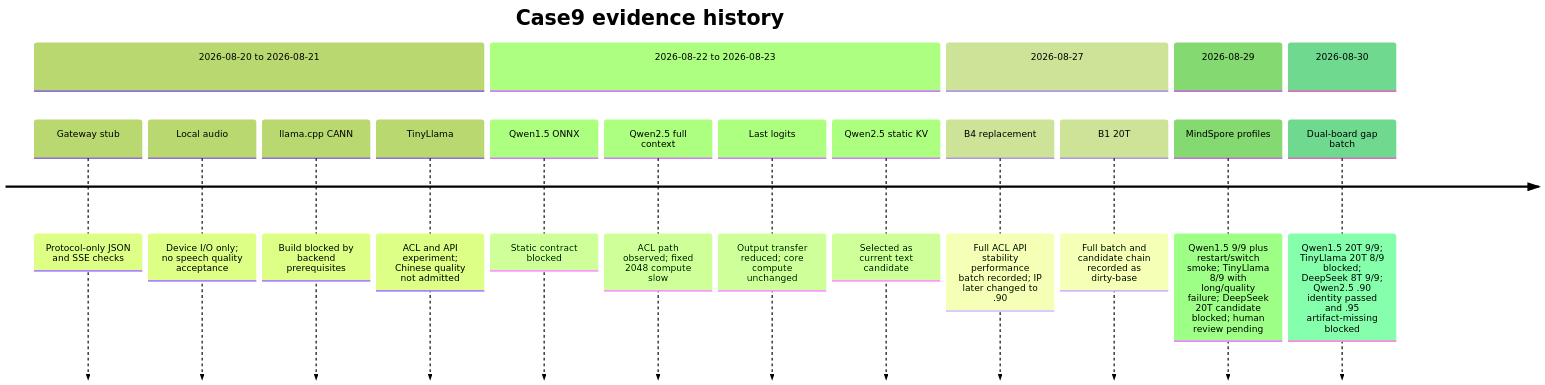
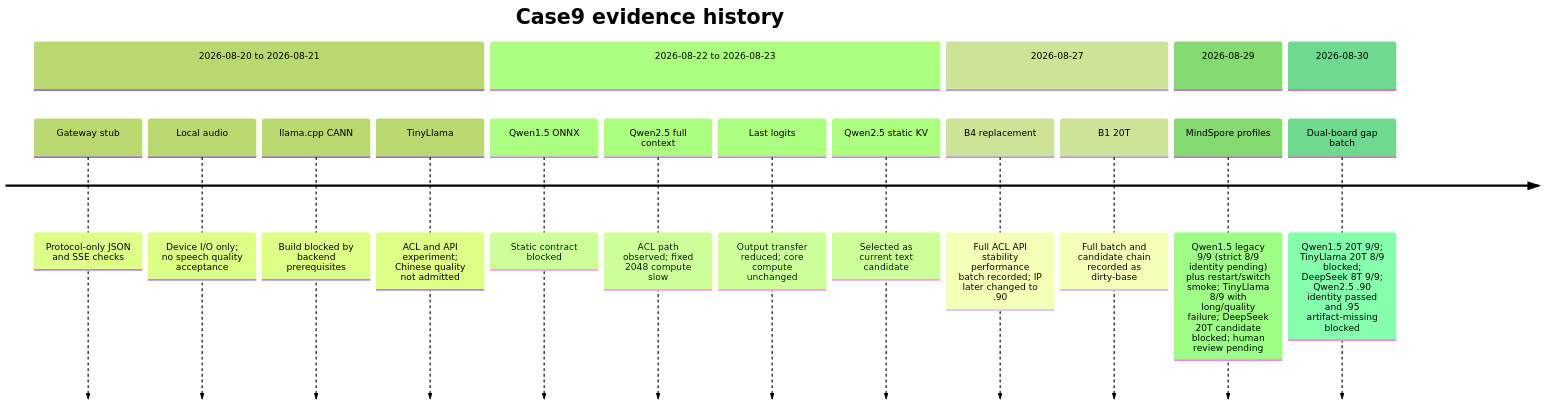
One commit to zhouxzh/Ascend310 changed the diagram in samples/case9/docs/03-case9-history-and-boundaries.md. Above: the diagram before and after it, drawn with Mermaid (forest theme). The commit also changed other lines of this file and 110 other files, not shown here.

First line of the commit message:
Add MindSpore integration tests and fixtures

````diff
--- a/samples/case9/docs/03-case9-history-and-boundaries.md
+++ b/samples/case9/docs/03-case9-history-and-boundaries.md
@@ -29,23 +30,23 @@
 ```mermaid
 timeline
     accTitle: Case9 evidence timeline
     accDescr: Historical model, hardware, and service decisions that led to the current Qwen2.5 ACL baseline and the separate MindSpore text candidate route.
     title Case9 evidence history
     section 2026-08-20 to 2026-08-21
         Gateway stub : Protocol-only JSON and SSE checks
         Local audio : Device I/O only; no speech quality acceptance
         llama.cpp CANN : Build blocked by backend prerequisites
         TinyLlama : ACL and API experiment; Chinese quality not admitted
     section 2026-08-22 to 2026-08-23
         Qwen1.5 ONNX : Static contract blocked
         Qwen2.5 full context : ACL path observed; fixed 2048 compute slow
         Last logits : Output transfer reduced; core compute unchanged
         Qwen2.5 static KV : Selected as current text candidate
     section 2026-08-27
         B4 replacement : Full ACL API stability performance batch recorded; IP later changed to .90
         B1 20T : Full batch and candidate chain recorded as dirty-base
     section 2026-08-29
-        MindSpore profiles : Qwen1.5 9/9 plus restart/switch smoke; TinyLlama 8/9 with long/quality failure; DeepSeek 20T candidate blocked; human review pending
+        MindSpore profiles : Qwen1.5 legacy 9/9 (strict 8/9 identity pending) plus restart/switch smoke; TinyLlama 8/9 with long/quality failure; DeepSeek 20T candidate blocked; human review pending
     section 2026-08-30
         Dual-board gap batch : Qwen1.5 20T 9/9; TinyLlama 20T 8/9 blocked; DeepSeek 8T 9/9; Qwen2.5 .90 identity passed and .95 artifact-missing blocked
 ```
````
